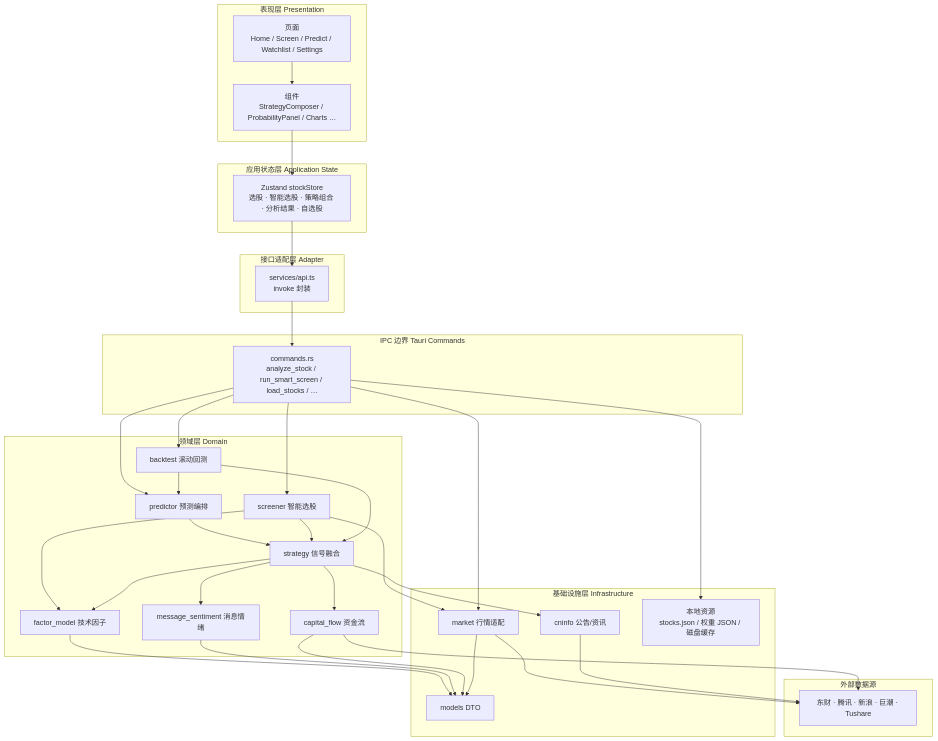
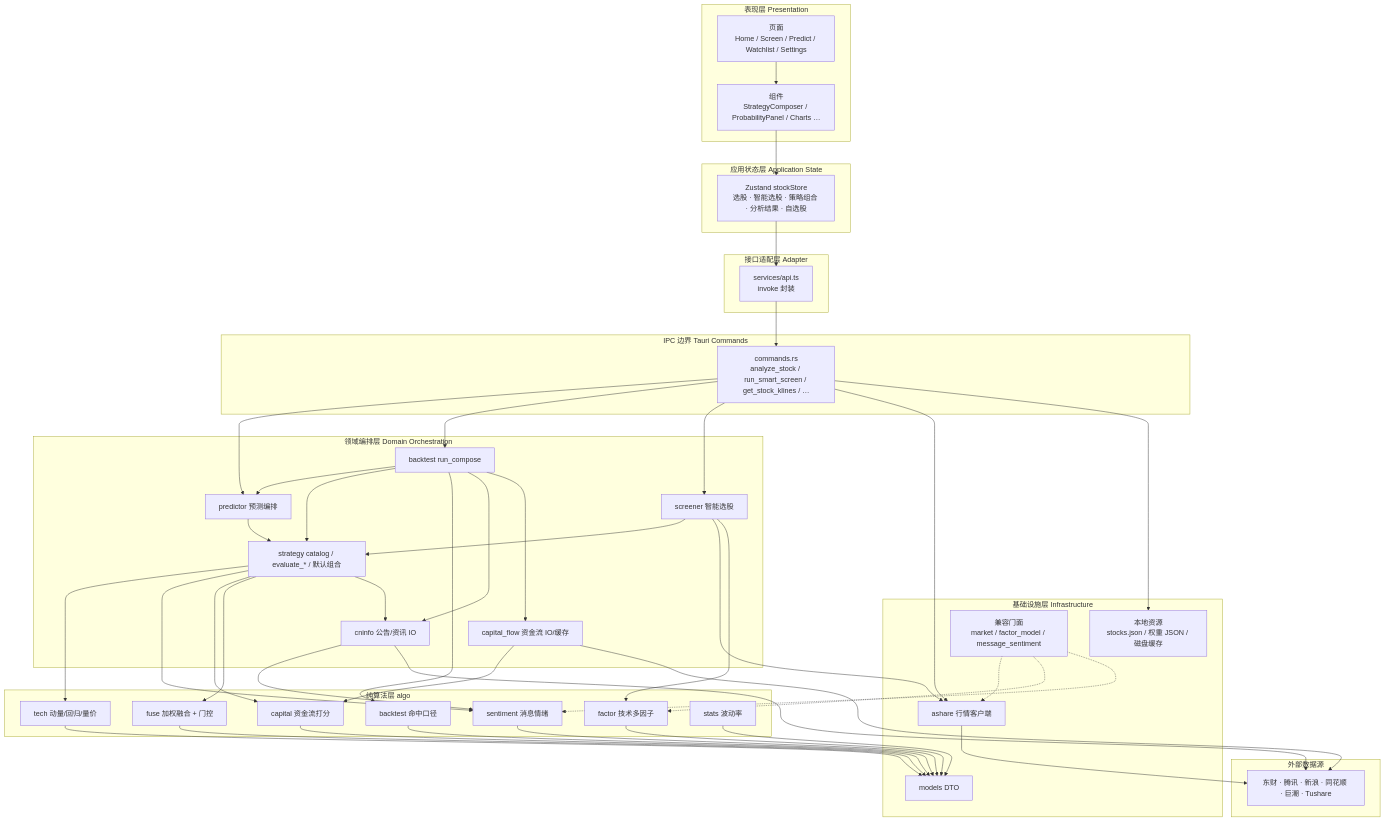
Before and after one commit to wuyanwen1997-wyw/stock-predict: the first of 18 diagrams in docs/软件设计说明.md, drawn with Mermaid. The commit also changed other lines of this file and 10 other files, not shown here.

````diff
--- a/docs/软件设计说明.md
+++ b/docs/软件设计说明.md
@@ -24,54 +28,67 @@
 ```mermaid
 flowchart TB
     subgraph 表现层["表现层 Presentation"]
         PAGES["页面<br/>Home / Screen / Predict / Watchlist / Settings"]
         COMP["组件<br/>StrategyComposer / ProbabilityPanel / Charts …"]
     end
 
     subgraph 应用状态层["应用状态层 Application State"]
         STORE["Zustand stockStore<br/>选股 · 智能选股 · 策略组合 · 分析结果 · 自选股"]
     end
 
     subgraph 接口适配层["接口适配层 Adapter"]
         API["services/api.ts<br/>invoke 封装"]
     end
 
     subgraph IPC边界["IPC 边界 Tauri Commands"]
-        CMD["commands.rs<br/>analyze_stock / run_smart_screen / load_stocks / …"]
+        CMD["commands.rs<br/>analyze_stock / run_smart_screen / get_stock_klines / …"]
     end
 
-    subgraph 领域层["领域层 Domain"]
+    subgraph 领域编排层["领域编排层 Domain Orchestration"]
         PRED["predictor 预测编排"]
-        STR["strategy 信号融合"]
-        BT["backtest 滚动回测"]
+        STR["strategy catalog / evaluate_* / 默认组合"]
+        BT["backtest run_compose"]
         SCR["screener 智能选股"]
-        FAC["factor_model 技术因子"]
-        MSG["message_sentiment 消息情绪"]
-        CAP["capital_flow 资金流"]
+        CNI["cninfo 公告/资讯 IO"]
+        CAPIO["capital_flow 资金流 IO/缓存"]
+    end
+
+    subgraph 纯算法层["纯算法层 algo"]
+        FAC["factor 技术多因子"]
+        TECH["tech 动量/回归/量价"]
+        FUSE["fuse 加权融合 + 门控"]
+        SENT["sentiment 消息情绪"]
+        CAPA["capital 资金流打分"]
+        BTA["backtest 命中口径"]
+        STAT["stats 波动率"]
     end
 
     subgraph 基础设施层["基础设施层 Infrastructure"]
-        MKT["market 行情适配"]
-        CNI["cninfo 公告/资讯"]
+        ASH["ashare 行情客户端"]
         MOD["models DTO"]
         RES["本地资源<br/>stocks.json / 权重 JSON / 磁盘缓存"]
+        FACADES["兼容门面<br/>market / factor_model / message_sentiment"]
     end
 
     subgraph 外部系统["外部数据源"]
-        EXT["东财 · 腾讯 · 新浪 · 巨潮 · Tushare"]
+        EXT["东财 · 腾讯 · 新浪 · 同花顺 · 巨潮 · Tushare"]
     end
 
     PAGES --> COMP
     COMP --> STORE
     STORE --> API
     API --> CMD
-    CMD --> PRED & BT & MKT & SCR
+    CMD --> PRED & BT & SCR & ASH
     PRED --> STR
-    SCR --> STR & MKT & FAC
-    STR --> FAC & MSG & CAP
-    BT --> PRED & STR
+    SCR --> STR & ASH & FAC
+    STR --> TECH & SENT & CAPA & FUSE
     STR --> CNI
-    MKT & CNI & CAP --> EXT
+    BT --> PRED & STR & BTA
+    BT --> CNI & CAPIO
+    CAPIO --> CAPA
+    CNI --> SENT
+    ASH & CNI & CAPIO --> EXT
     CMD --> RES
-    FAC & MSG & CAP & MKT --> MOD
+    FACADES -.-> ASH & FAC & SENT
+    FAC & TECH & FUSE & SENT & CAPA & BTA & STAT --> MOD
 ```
````
